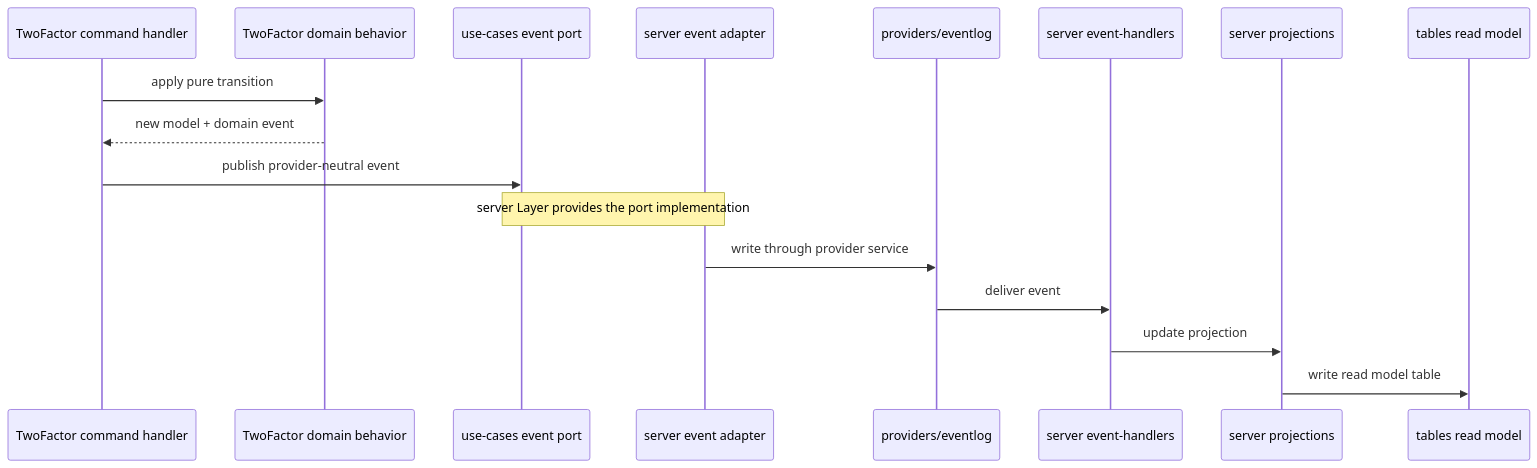
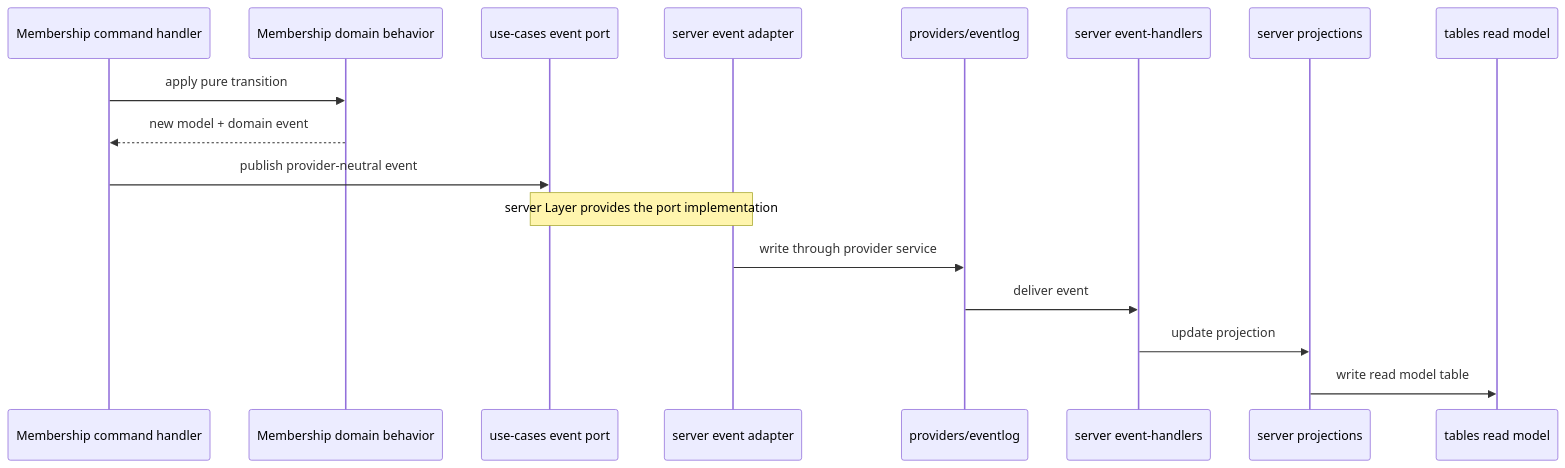
One commit to kriegcloud/beep-effect changed the fifth of 6 diagrams in standards/ARCHITECTURE.md. Above: the diagram before and after it, drawn with Mermaid. The commit also changed other lines of this file and 32 other files, not shown here.

````diff
--- a/standards/ARCHITECTURE.md
+++ b/standards/ARCHITECTURE.md
@@ -933,20 +935,20 @@
 ```mermaid
 sequenceDiagram
-  participant Command as TwoFactor command handler
-  participant Domain as TwoFactor domain behavior
+  participant Command as Membership command handler
+  participant Domain as Membership domain behavior
   participant Port as use-cases event port
   participant Adapter as server event adapter
   participant EventLog as providers/eventlog
   participant Handler as server event-handlers
   participant Projection as server projections
   participant ReadModel as tables read model
 
   Command->>Domain: apply pure transition
   Domain-->>Command: new model + domain event
   Command->>Port: publish provider-neutral event
   Note over Port,Adapter: server Layer provides the port implementation
   Adapter->>EventLog: write through provider service
   EventLog->>Handler: deliver event
   Handler->>Projection: update projection
   Projection->>ReadModel: write read model table
 ```
````
